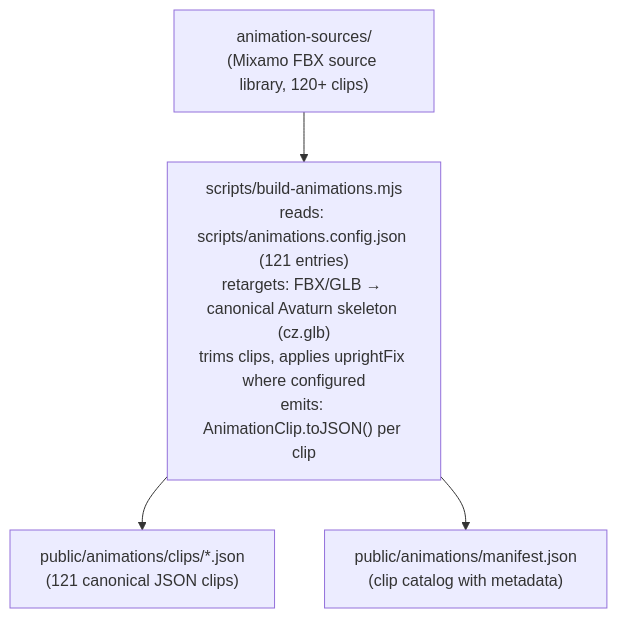
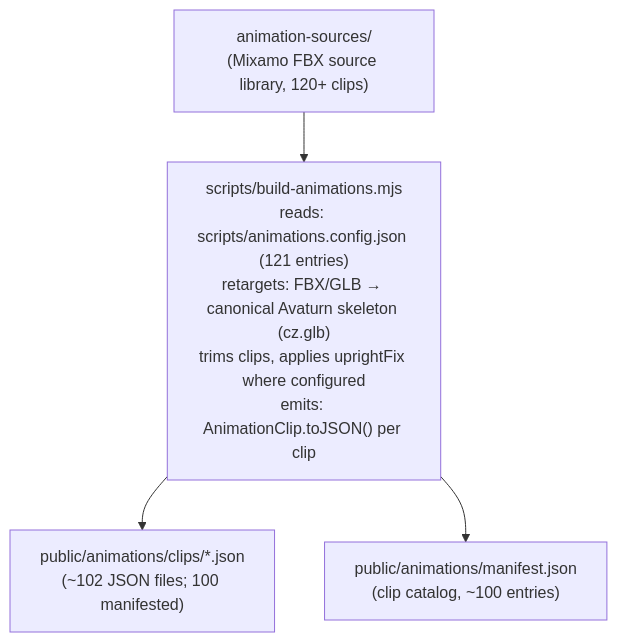
One commit to NorthernAI-coder/three.ws changed the second of 22 diagrams in ARCHITECTURE.md. Above: the diagram before and after it, drawn with Mermaid. The commit also changed other lines of this file and 4 other files, not shown here.

````diff
--- a/ARCHITECTURE.md
+++ b/ARCHITECTURE.md
@@ -737,9 +758,9 @@
 ```mermaid
 flowchart TD
     A["animation-sources/\n(Mixamo FBX source library, 120+ clips)"]
     B["scripts/build-animations.mjs\nreads: scripts/animations.config.json (121 entries)\nretargets: FBX/GLB → canonical Avaturn skeleton (cz.glb)\ntrims clips, applies uprightFix where configured\nemits: AnimationClip.toJSON() per clip"]
-    C["public/animations/clips/*.json\n(121 canonical JSON clips)"]
-    D["public/animations/manifest.json\n(clip catalog with metadata)"]
+    C["public/animations/clips/*.json\n(~102 JSON files; 100 manifested)"]
+    D["public/animations/manifest.json\n(clip catalog, ~100 entries)"]
     A --> B --> C
     B --> D
 ```
````
